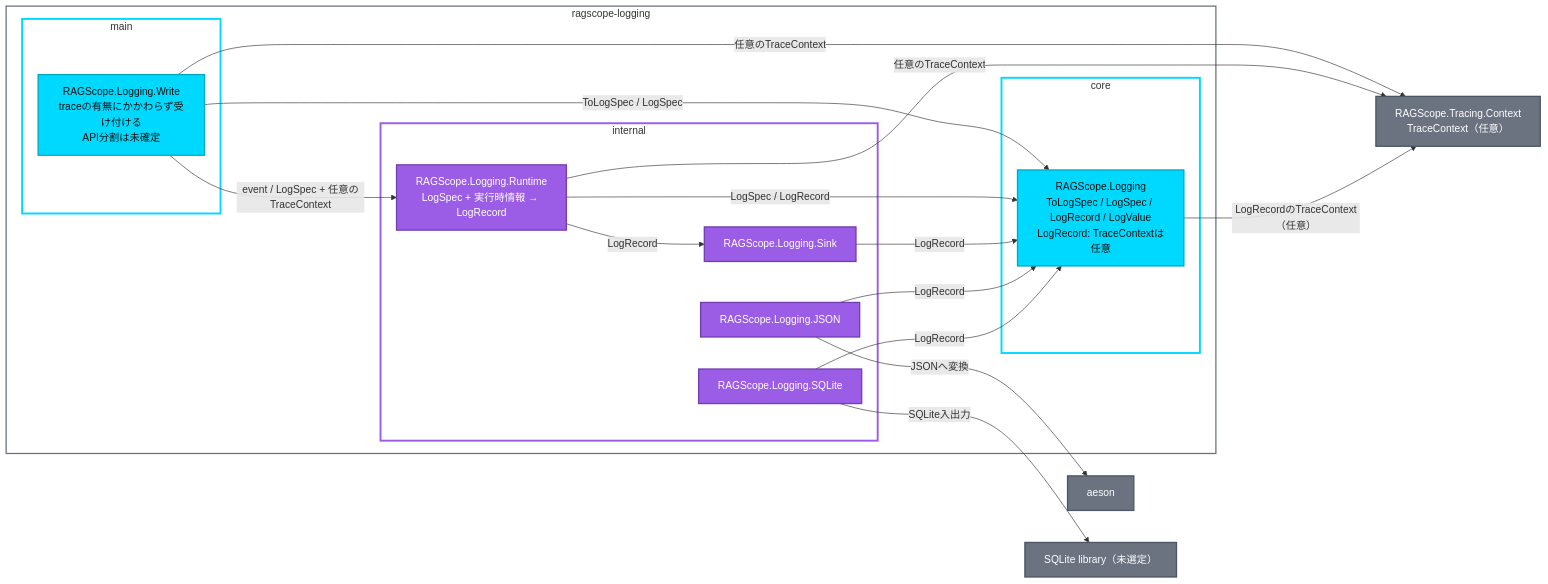
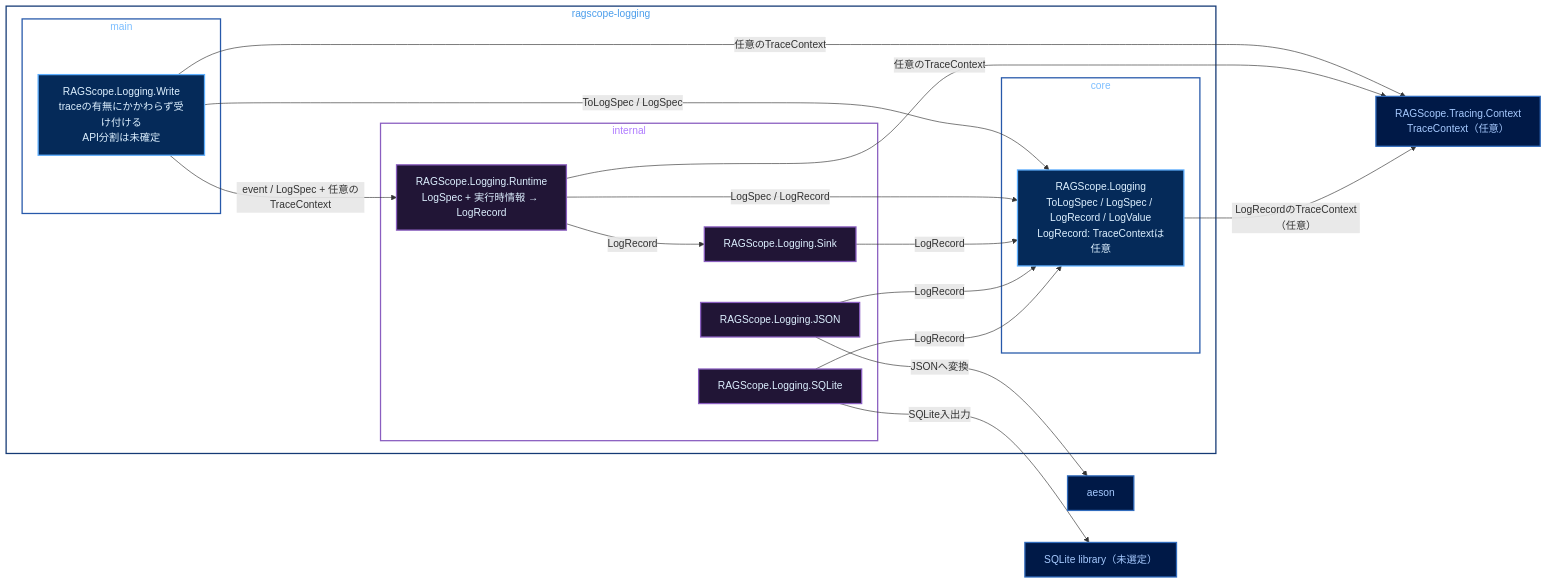
Before and after one commit to takashit16833/Workbench: the diagram in Notes/RAGScope/RAGScopeアプリケーション/実行追跡・構造化ログ静的依存図 Logging.md, drawn with Mermaid. The commit also changed other lines of this file, not shown here.

Commit message:
docs: tune Logging diagram palette

````diff
--- a/Notes/RAGScope/RAGScopeアプリケーション/実行追跡・構造化ログ静的依存図 Logging.md
+++ b/Notes/RAGScope/RAGScopeアプリケーション/実行追跡・構造化ログ静的依存図 Logging.md
@@ -19,51 +19,51 @@
 ```mermaid
 flowchart LR
     subgraph pkg_logging["ragscope-logging"]
         subgraph main_lib["main"]
             write["RAGScope.Logging.Write<br/>traceの有無にかかわらず受け付ける<br/>API分割は未確定"]
         end
 
         subgraph internal_lib["internal"]
             runtime["RAGScope.Logging.Runtime<br/>LogSpec + 実行時情報 → LogRecord"]
             sink["RAGScope.Logging.Sink"]
             json["RAGScope.Logging.JSON"]
             sqlite["RAGScope.Logging.SQLite"]
         end
 
         subgraph core_lib["core"]
             contract["RAGScope.Logging<br/>ToLogSpec / LogSpec / LogRecord / LogValue<br/>LogRecord: TraceContextは任意"]
         end
     end
 
     context["RAGScope.Tracing.Context<br/>TraceContext（任意）"]
     aeson["aeson"]
     sqlite_lib["SQLite library（未選定）"]
 
     write -->|event / LogSpec + 任意のTraceContext| runtime
     write -->|ToLogSpec / LogSpec| contract
     write -->|任意のTraceContext| context
 
     runtime -->|LogRecord| sink
     runtime -->|LogSpec / LogRecord| contract
     runtime -->|任意のTraceContext| context
 
     sink -->|LogRecord| contract
     json -->|LogRecord| contract
     json -->|JSONへ変換| aeson
     sqlite -->|LogRecord| contract
     sqlite -->|SQLite入出力| sqlite_lib
     contract -->|LogRecordのTraceContext（任意）| context
 
-    classDef public fill:#00D9FF,stroke:#00A7C2,color:#111111,stroke-width:2px
-    classDef private fill:#9B5DE5,stroke:#713CB0,color:#FFFFFF,stroke-width:2px
-    classDef outside fill:#6B7280,stroke:#4B5563,color:#FFFFFF,stroke-width:2px
+    classDef public fill:#052A59,stroke:#5EAFFF,color:#DDF0FF,stroke-width:2px
+    classDef private fill:#211536,stroke:#8A5EC0,color:#DDF0FF,stroke-width:2px
+    classDef outside fill:#001947,stroke:#316CBD,color:#A6CAFF,stroke-width:2px
 
     class write,contract public
     class runtime,sink,json,sqlite private
     class context,aeson,sqlite_lib outside
 
-    style pkg_logging fill:transparent,stroke:#6B7280,stroke-width:2px
-    style main_lib fill:transparent,stroke:#00D9FF,stroke-width:3px
-    style internal_lib fill:transparent,stroke:#9B5DE5,stroke-width:3px
-    style core_lib fill:transparent,stroke:#00D9FF,stroke-width:3px
+    style pkg_logging fill:transparent,stroke:#153A75,color:#4C9EEB,stroke-width:2px
+    style main_lib fill:transparent,stroke:#2759AA,color:#7CBEFF,stroke-width:2px
+    style internal_lib fill:transparent,stroke:#8A5EC0,color:#B07CFF,stroke-width:2px
+    style core_lib fill:transparent,stroke:#2759AA,color:#7CBEFF,stroke-width:2px
 ```
````
